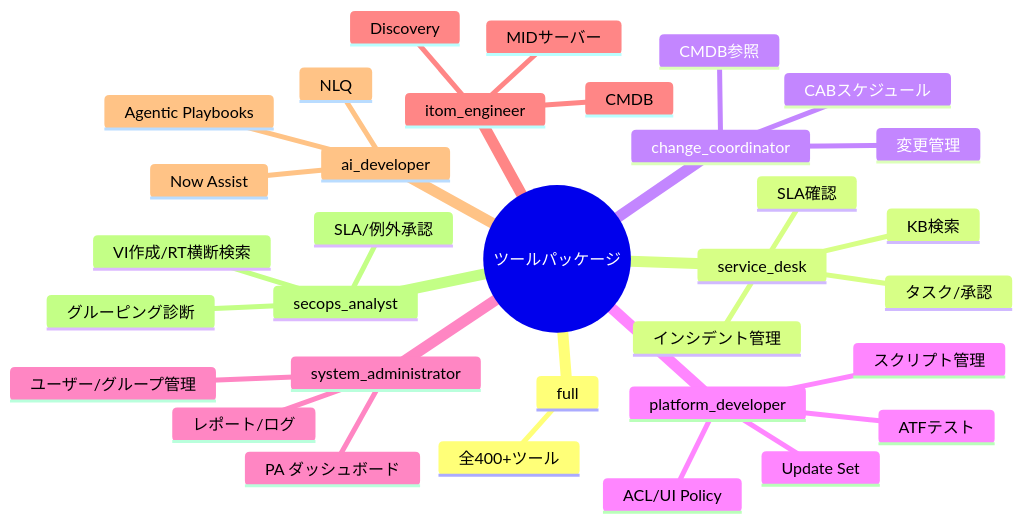
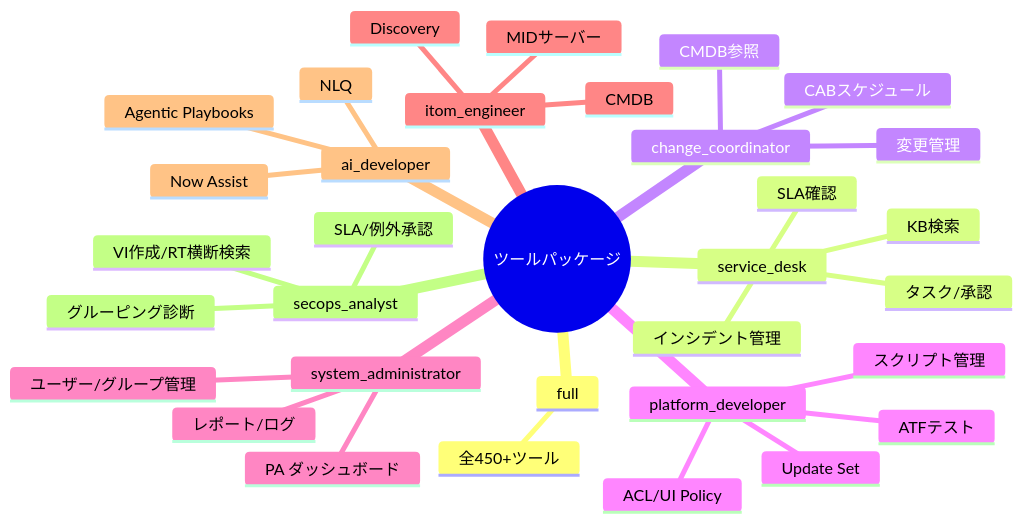
The seventh of 10 diagrams in README.md (tedorigawa001/ServiceNow-MCP), drawn with Mermaid before and after one commit. The commit also changed other lines of this file, not shown here.

````diff
--- a/README.md
+++ b/README.md
@@ -565,36 +565,36 @@
 ```mermaid
 mindmap
   root((ツールパッケージ))
     full
-      全400+ツール
+      全450+ツール
     service_desk
       インシデント管理
       タスク/承認
       KB検索
       SLA確認
     change_coordinator
       変更管理
       CABスケジュール
       CMDB参照
     platform_developer
       スクリプト管理
       ACL/UI Policy
       ATFテスト
       Update Set
     system_administrator
       ユーザー/グループ管理
       レポート/ログ
       PA ダッシュボード
     itom_engineer
       CMDB
       Discovery
       MIDサーバー
     ai_developer
       Now Assist
       NLQ
       Agentic Playbooks
     secops_analyst
       VI作成/RT横断検索
       グルーピング診断
       SLA/例外承認
 ```
````
